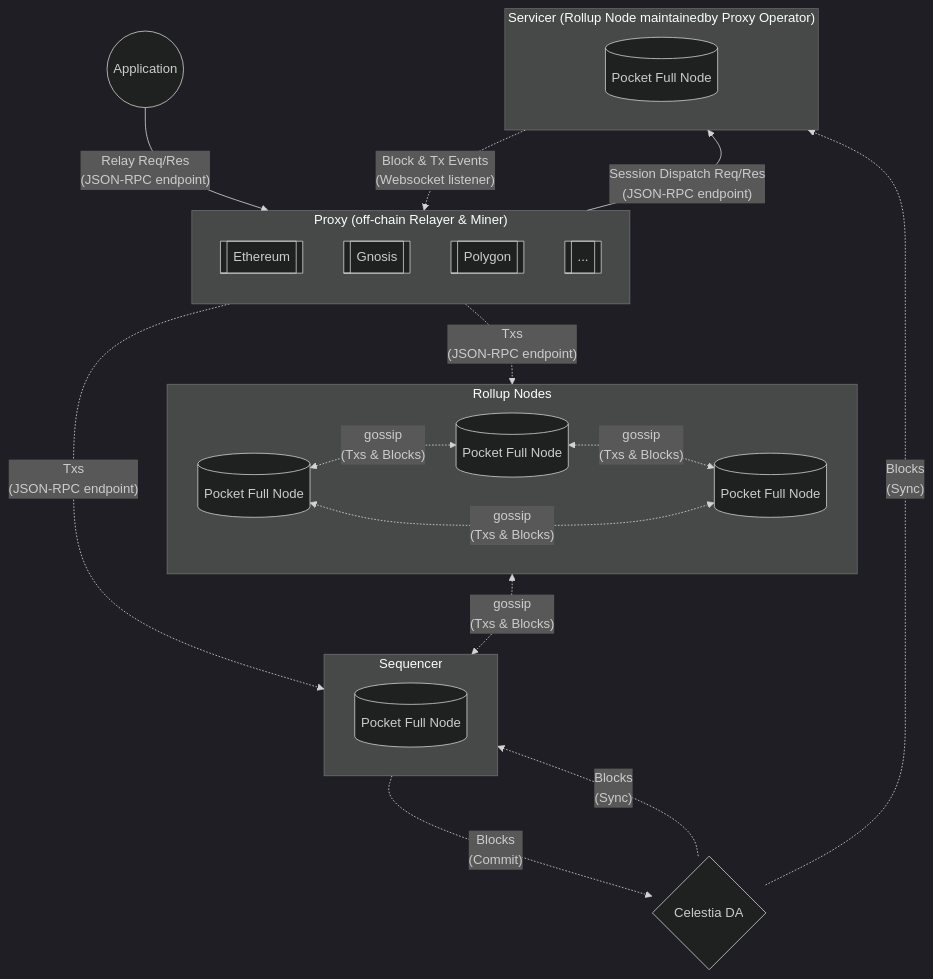
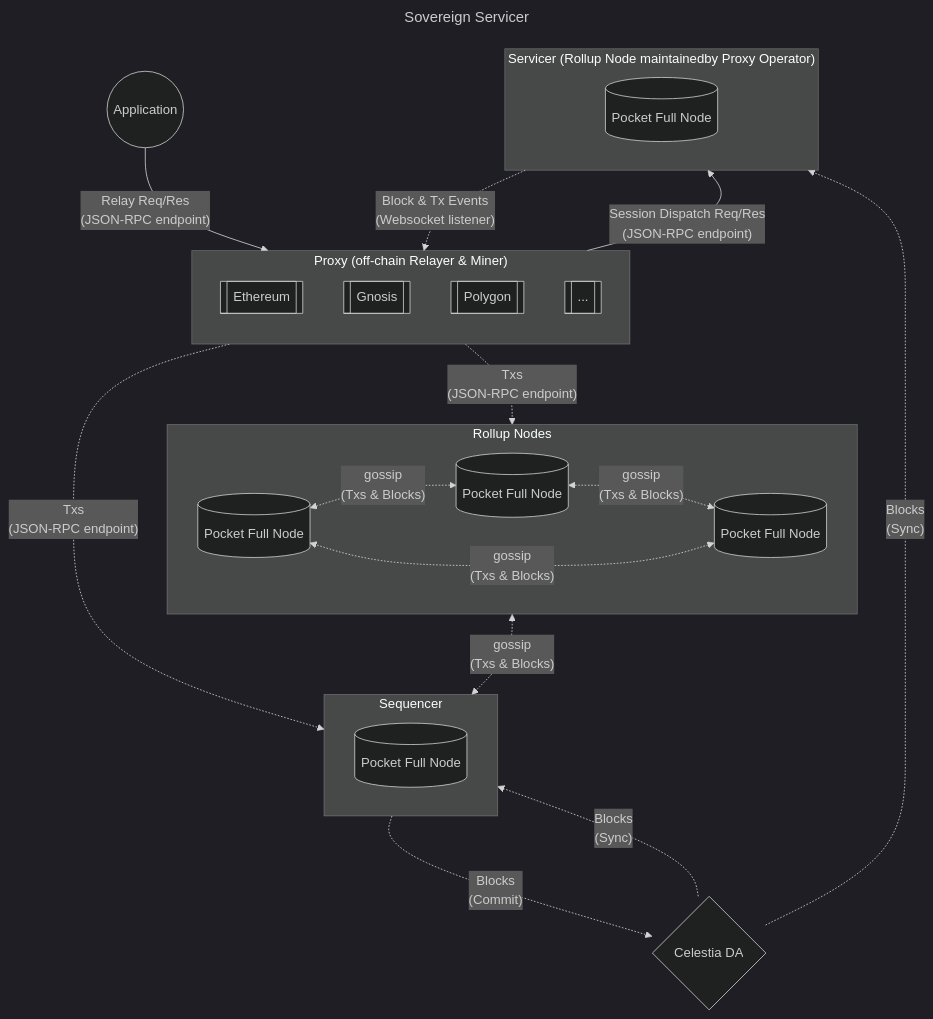
The second of 2 diagrams in docs/nodes.md (pokt-network/poktroll-alpha), drawn with Mermaid (dark theme) before and after one commit. The commit also changed other lines of this file, not shown here.

Commit message:
Add back titles

````diff
--- a/docs/nodes.md
+++ b/docs/nodes.md
@@ -63,35 +66,38 @@
 ```mermaid
+---
+title: Sovereign Servicer
+---
 flowchart TB
     a(("Application"))
     subgraph prln["Rollup Nodes"]
         pfn1[("Pocket Full Node")]
         pfn2[("Pocket Full Node")]
         pfn3[("Pocket Full Node")]
         pfn1 <-. gossip \n (Txs & Blocks) .-> pfn2
         pfn2 <-. gossip \n (Txs & Blocks) .-> pfn3
         pfn3 <-. gossip \n (Txs & Blocks) .-> pfn1
     end
     subgraph ps["Sequencer"]
         pl1[("Pocket Full Node")]
     end
     subgraph r["Proxy (off-chain Relayer & Miner)"]
         direction TB
         eth[["Ethereum"]]
         gn[["Gnosis"]]
         pg[["Polygon"]]
         etc[["..."]]
     end
     subgraph s["Servicer (Rollup Node maintainedby Proxy Operator) "]
         pl2[("Pocket Full Node")]
     end
     c{"Celestia DA"}
     a -- Relay Req/Res \n (JSON-RPC endpoint) --> r
     s -. Block & Tx Events \n (Websocket listener).-> r
     r -- Session Dispatch Req/Res \n (JSON-RPC endpoint)--> s
     r -. Txs \n (JSON-RPC endpoint).-> prln
     r -. Txs \n (JSON-RPC endpoint).-> ps
     prln <-. gossip \n (Txs & Blocks) .-> ps
     ps -. Blocks\n(Commit) .->c
     c -. Blocks\n(Sync) .-> ps
     c -. Blocks\n(Sync).-> s
 ```
````
